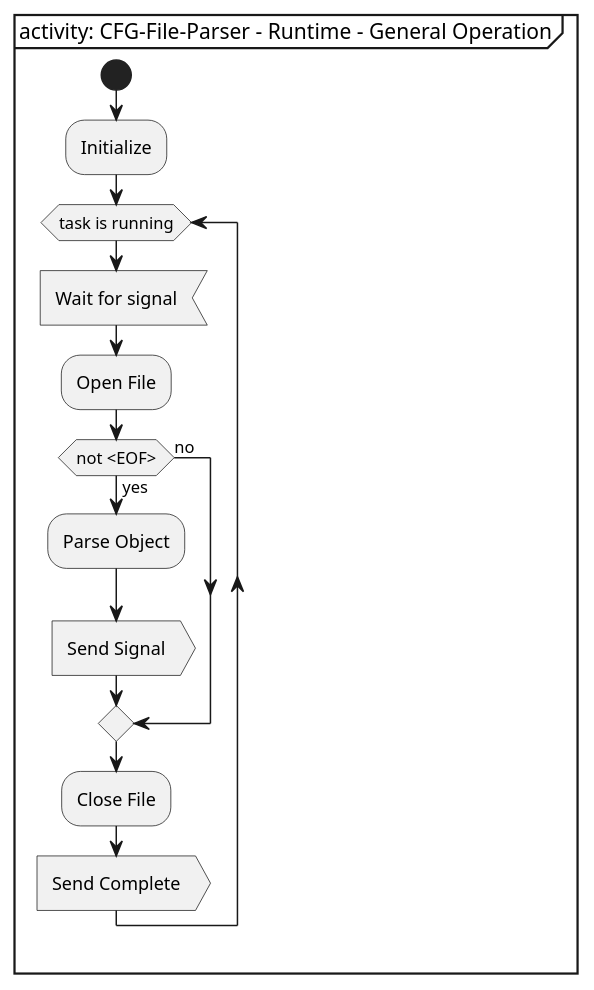
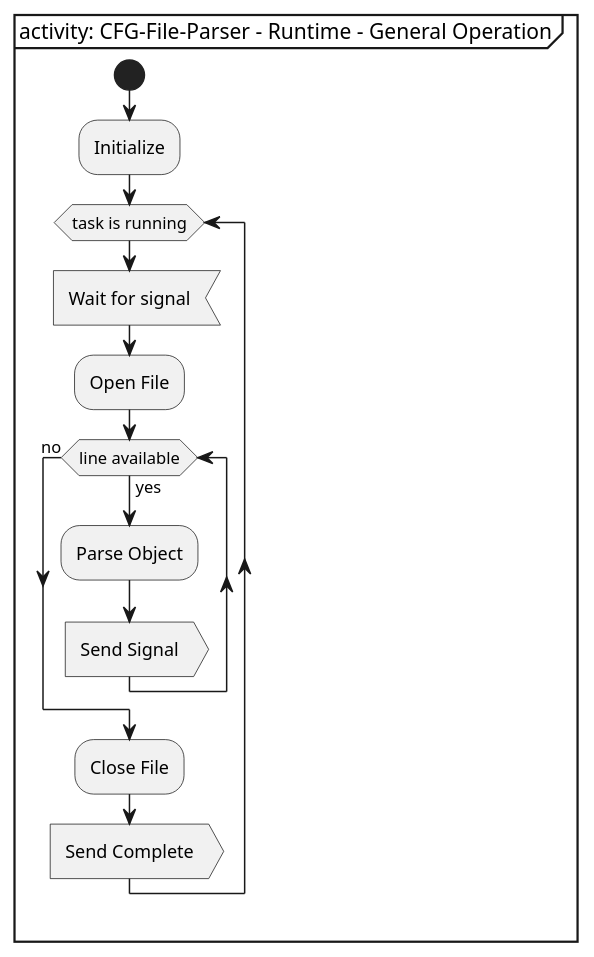
The diagram in src/modules/cfg_file_parser/readme/uml/cfg_file_parser_general_operation.puml (smuuze/rpi_control_frmwrk), drawn with PlantUML before and after one commit. The commit also changed 1 other file, not shown here.

Commit message:
FIX: cfg_file_parser - UML diagram - general operation

```diff
--- a/src/modules/cfg_file_parser/readme/uml/cfg_file_parser_general_operation.puml
+++ b/src/modules/cfg_file_parser/readme/uml/cfg_file_parser_general_operation.puml
@@ -1,32 +1,31 @@
 @startuml cfg_file_parser_general_operation
 
 '***************************************************************************
 
 skinparam monochrome true
 skinparam linetype ortho
 
 '***************************************************************************
 
 mainframe activity: CFG-File-Parser - Runtime - General Operation
 
 '***************************************************************************
 
 start
 :Initialize;
 while (task is running)
     :Wait for signal<
     :Open File;
-    if (not <EOF>) then (yes)
+    while (line available) is (yes)
         :Parse Object;
         :Send Signal>
-    else (no)
-    endif
+    endwhile (no)
     :Close File;
     :Send Complete>
 endwhile
   -[hidden]->
   detach
 
 '***************************************************************************
 
 @enduml
```
